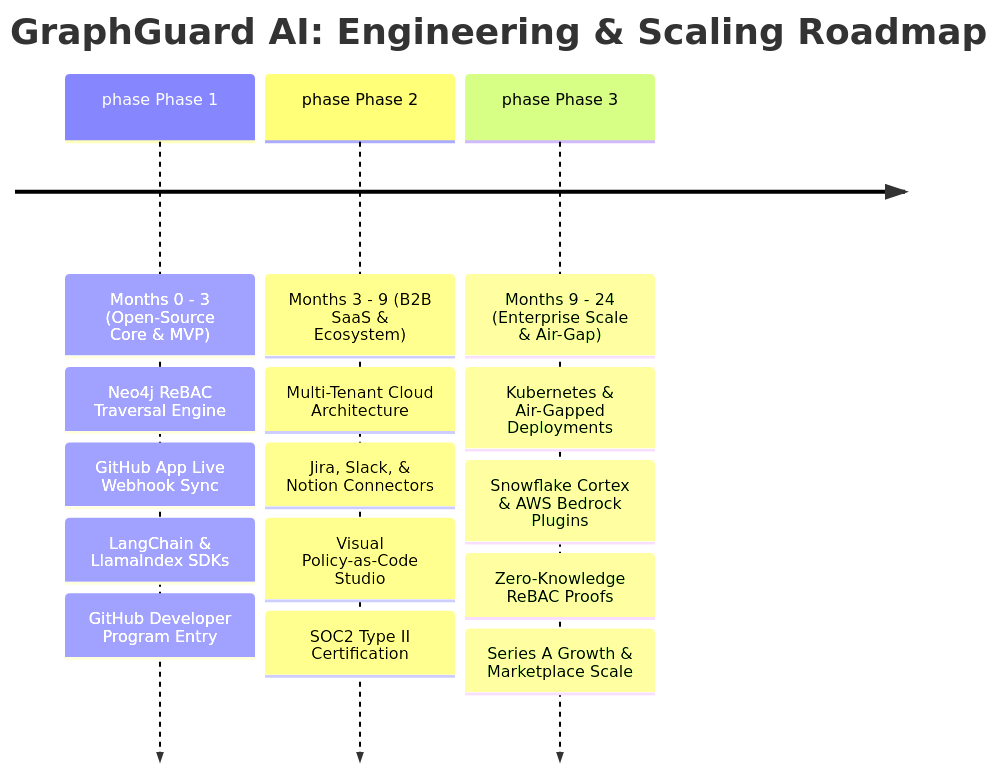
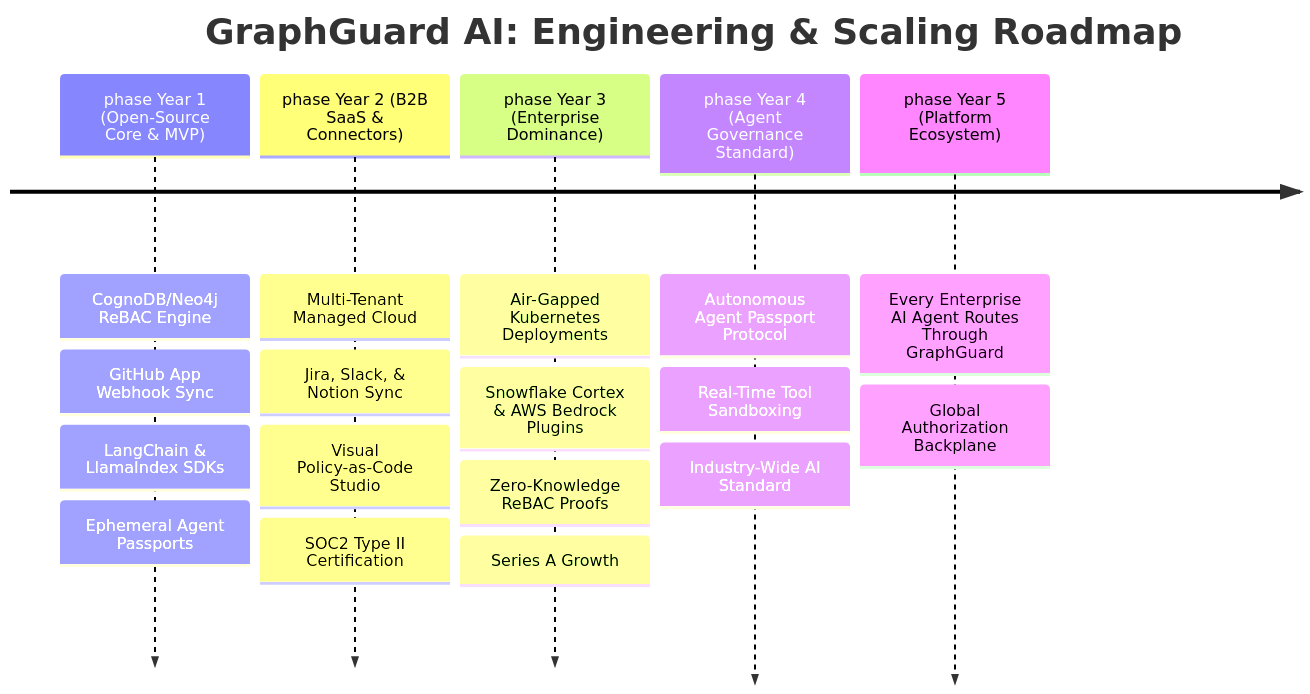
The diagram in README.md (yashjadhav1595-projects/wexa.ai.assign), drawn with Mermaid before and after one commit. The commit also changed other lines of this file, not shown here.

Commit message:
docs: update README with comprehensive Zero-Trust Agent OS architecture, benchmarks, and API reference

````diff
--- a/README.md
+++ b/README.md
@@ -74,7 +158,9 @@
 ```mermaid
 timeline
     title GraphGuard AI: Engineering & Scaling Roadmap
-    phase Phase 1 : Months 0 - 3 (Open-Source Core & MVP) : Neo4j ReBAC Traversal Engine : GitHub App Live Webhook Sync : LangChain & LlamaIndex SDKs : GitHub Developer Program Entry
-    phase Phase 2 : Months 3 - 9 (B2B SaaS & Ecosystem) : Multi-Tenant Cloud Architecture : Jira, Slack, & Notion Connectors : Visual Policy-as-Code Studio : SOC2 Type II Certification
-    phase Phase 3 : Months 9 - 24 (Enterprise Scale & Air-Gap) : Kubernetes & Air-Gapped Deployments : Snowflake Cortex & AWS Bedrock Plugins : Zero-Knowledge ReBAC Proofs : Series A Growth & Marketplace Scale
+    phase Year 1 (Open-Source Core & MVP) : CognoDB/Neo4j ReBAC Engine : GitHub App Webhook Sync : LangChain & LlamaIndex SDKs : Ephemeral Agent Passports
+    phase Year 2 (B2B SaaS & Connectors) : Multi-Tenant Managed Cloud : Jira, Slack, & Notion Sync : Visual Policy-as-Code Studio : SOC2 Type II Certification
+    phase Year 3 (Enterprise Dominance) : Air-Gapped Kubernetes Deployments : Snowflake Cortex & AWS Bedrock Plugins : Zero-Knowledge ReBAC Proofs : Series A Growth
+    phase Year 4 (Agent Governance Standard) : Autonomous Agent Passport Protocol : Real-Time Tool Sandboxing : Industry-Wide AI Standard
+    phase Year 5 (Platform Ecosystem) : Every Enterprise AI Agent Routes Through GraphGuard : Global Authorization Backplane
 ```
````
